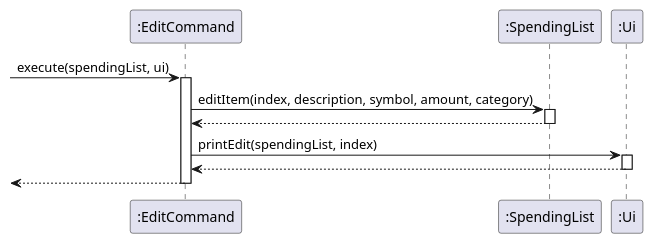
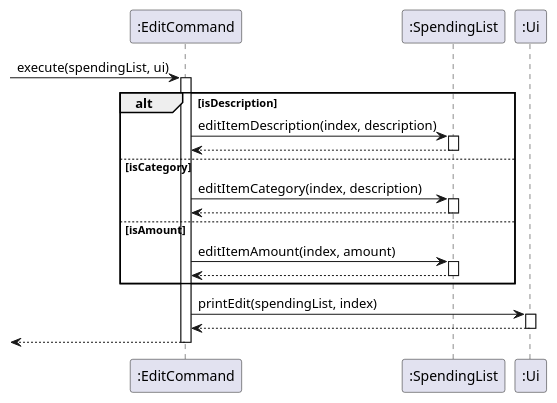
One commit to xieyaoyue/tp changed the diagram in src/uml/EditCommand.puml. Above: the diagram before and after it, drawn with PlantUML. The commit also changed 7 other files, not shown here.

```diff
--- a/src/uml/EditCommand.puml
+++ b/src/uml/EditCommand.puml
@@ -1,14 +1,26 @@
 @startuml
 ->":EditCommand":execute(spendingList, ui)
 activate ":EditCommand"
-":EditCommand"->":SpendingList":editItem(index, description, symbol, amount, category)
+alt isDescription
+":EditCommand"->":SpendingList":editItemDescription(index, description)
 activate ":SpendingList"
 ":SpendingList"-->":EditCommand":
 deactivate ":SpendingList"
+else isCategory
+":EditCommand"->":SpendingList":editItemCategory(index, description)
+activate ":SpendingList"
+":SpendingList"-->":EditCommand":
+deactivate ":SpendingList"
+else isAmount
+":EditCommand"->":SpendingList":editItemAmount(index, amount)
+activate ":SpendingList"
+":SpendingList"-->":EditCommand":
+deactivate ":SpendingList"
+end
 ":EditCommand"->":Ui":printEdit(spendingList, index)
 activate ":Ui"
 ":Ui"-->":EditCommand":
 deactivate ":Ui"
 <--":EditCommand"
 deactivate ":EditCommand"
 @enduml
```
